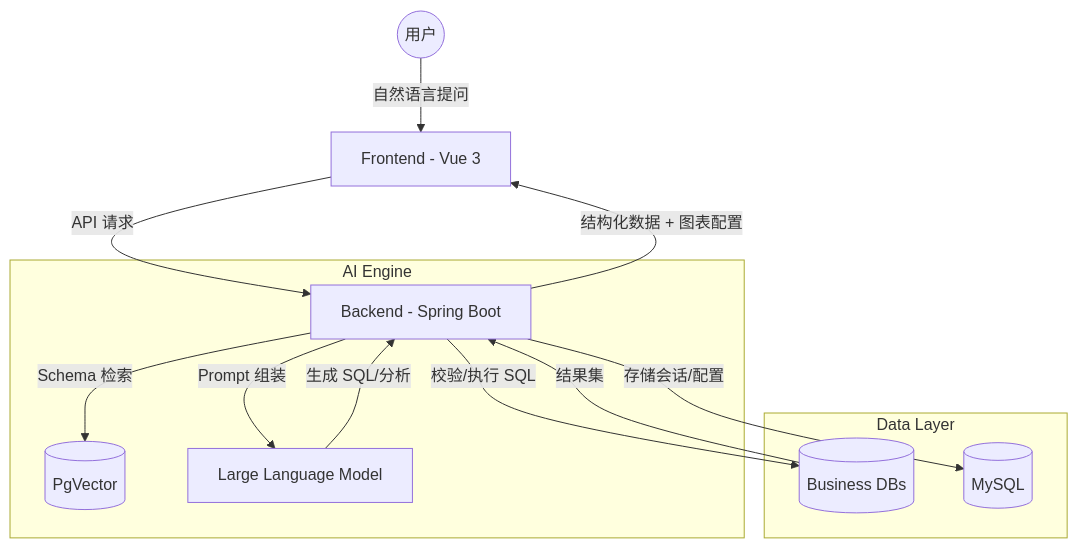
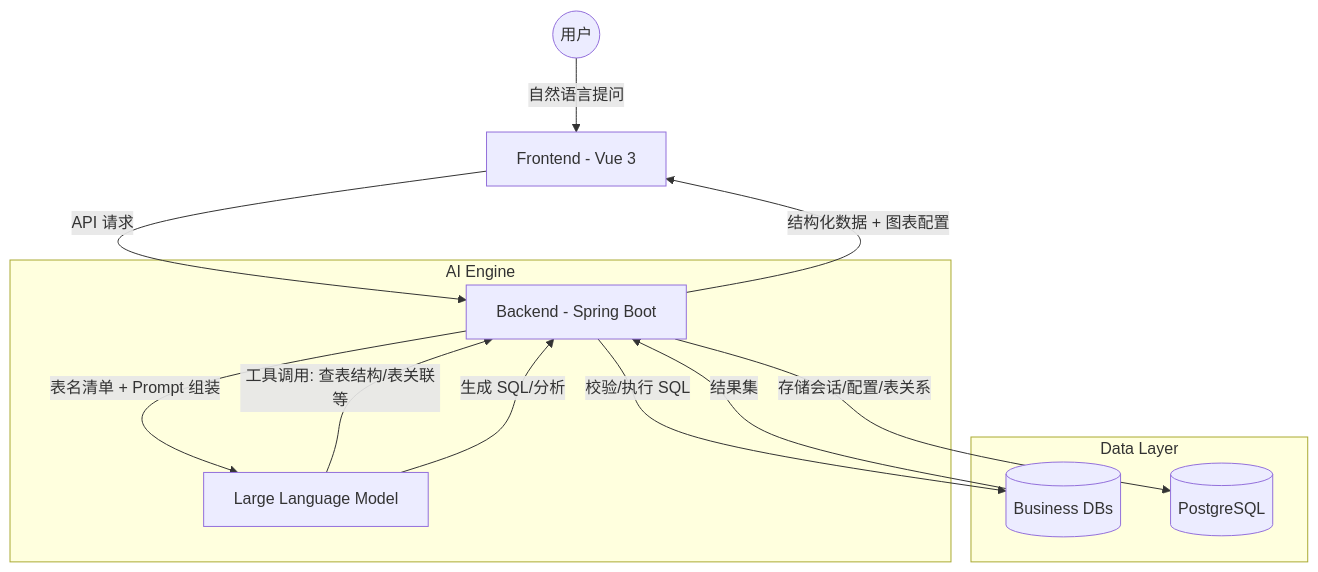
The diagram in README.md (litianfu1997/mysqlbot), drawn with Mermaid before and after one commit. The commit also changed other lines of this file, not shown here.

````diff
--- a/README.md
+++ b/README.md
@@ -56,19 +56,19 @@
 ```mermaid
 graph TD
     User((用户)) -->|自然语言提问| Frontend[Frontend - Vue 3]
     Frontend -->|API 请求| Backend[Backend - Spring Boot]
     
     subgraph AI Engine
-        Backend -->|Schema 检索| VectorDB[(PgVector)]
-        Backend -->|Prompt 组装| LLM[Large Language Model]
+        Backend -->|表名清单 + Prompt 组装| LLM[Large Language Model]
+        LLM -->|工具调用: 查表结构/表关联等| Backend
         LLM -->|生成 SQL/分析| Backend
     end
     
     subgraph Data Layer
         Backend -->|校验/执行 SQL| TargetDB[(Business DBs)]
-        Backend -->|存储会话/配置| AdminDB[(MySQL)]
+        Backend -->|存储会话/配置/表关系| AdminDB[(PostgreSQL)]
     end
     
     TargetDB -->|结果集| Backend
     Backend -->|结构化数据 + 图表配置| Frontend
 ```
````
